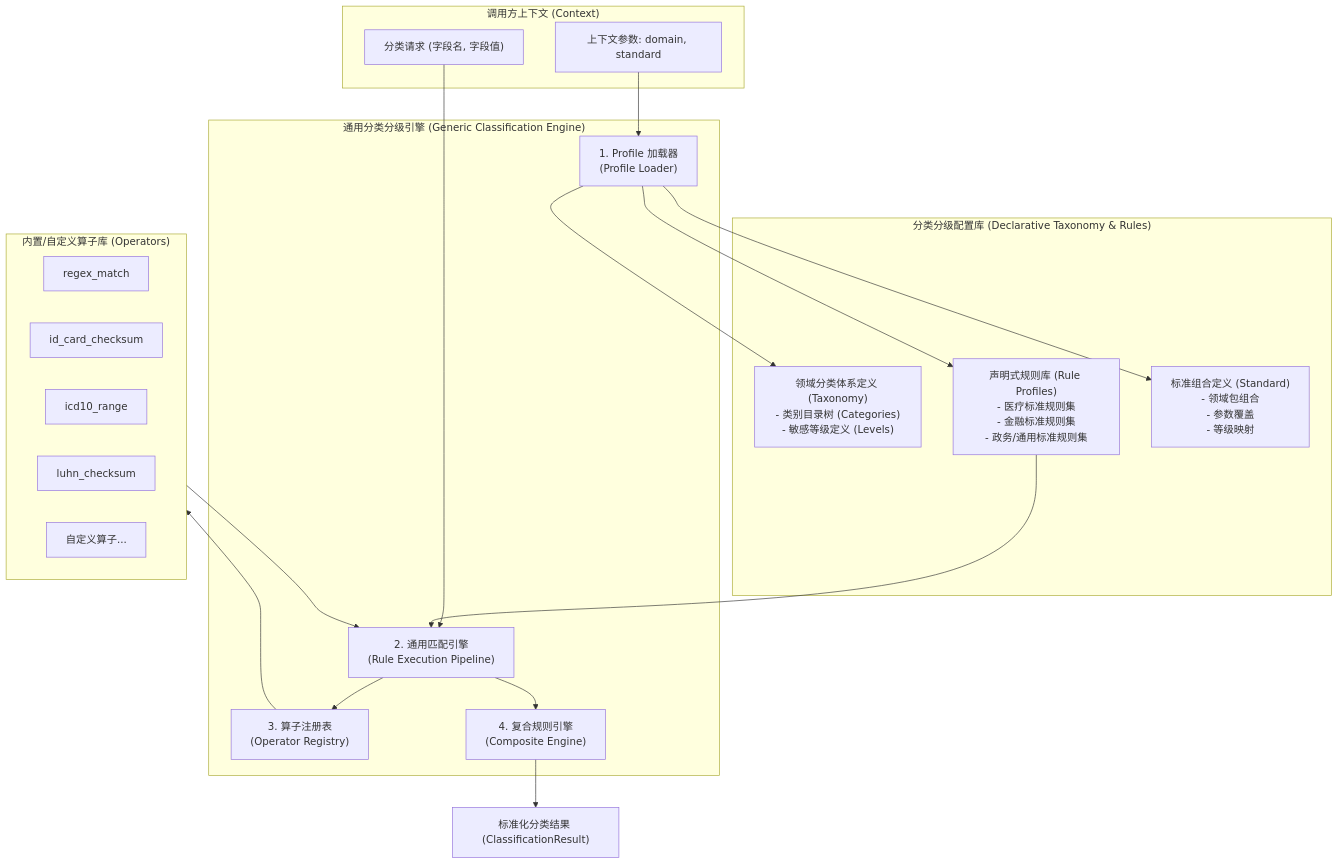
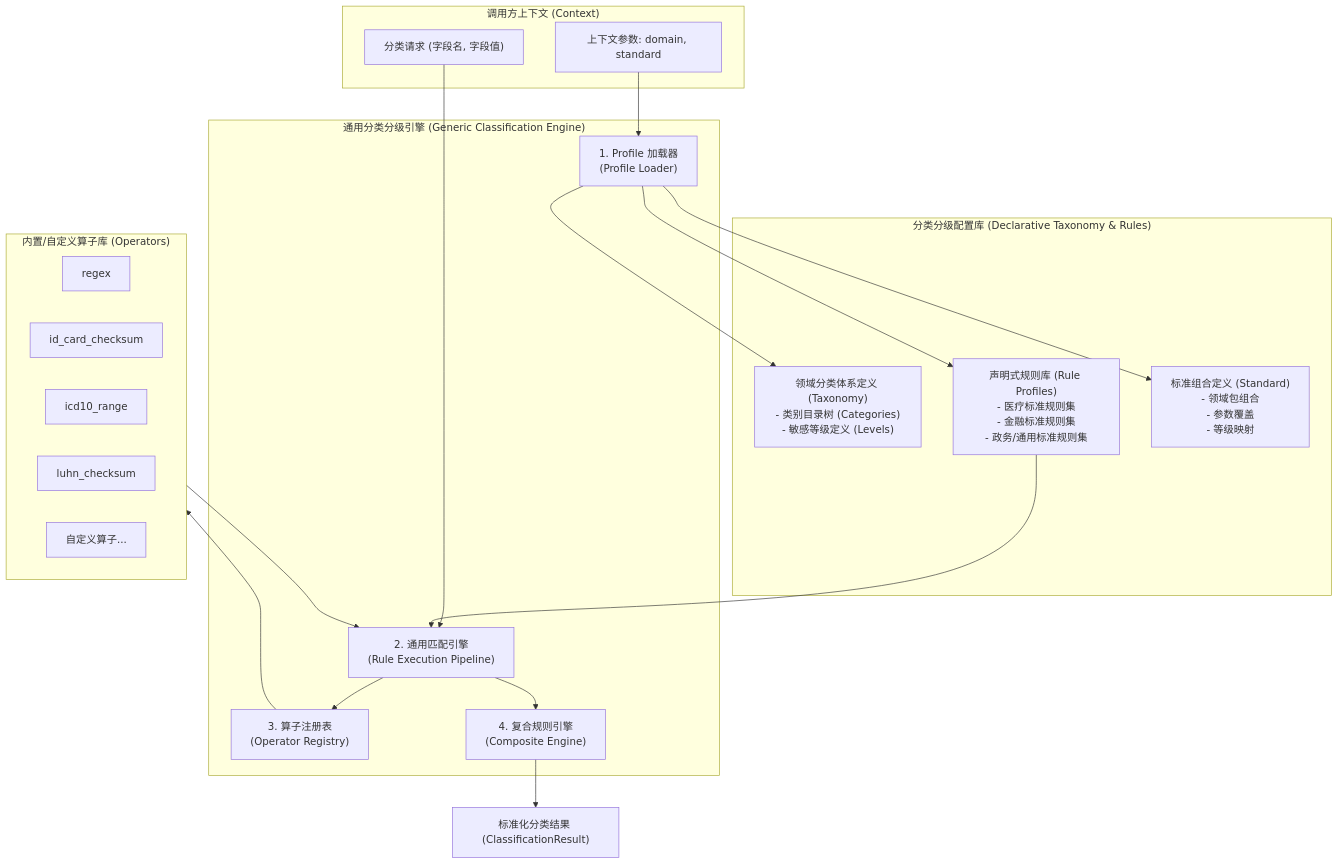
Before and after one commit to fengzhizi319/PrivShield: the second of 9 diagrams in docs/dynclassification/design.md, drawn with Mermaid. The commit also changed other lines of this file and 17 other files, not shown here.

````diff
--- a/docs/dynclassification/design.md
+++ b/docs/dynclassification/design.md
@@ -85,40 +89,40 @@
 ```mermaid
 flowchart TD
     subgraph Client ["调用方上下文 (Context)"]
         Req["分类请求 (字段名, 字段值)"]
         Ctx["上下文参数: domain, standard"]
     end
 
     subgraph CoreEngine ["通用分类分级引擎 (Generic Classification Engine)"]
         Loader["1. Profile 加载器<br/>(Profile Loader)"]
         Engine["2. 通用匹配引擎<br/>(Rule Execution Pipeline)"]
         OpRegistry["3. 算子注册表<br/>(Operator Registry)"]
         Composer["4. 复合规则引擎<br/>(Composite Engine)"]
     end
 
     subgraph DataConfigs ["分类分级配置库 (Declarative Taxonomy & Rules)"]
         TaxonomyConf["领域分类体系定义 (Taxonomy)<br/>- 类别目录树 (Categories)<br/>- 敏感等级定义 (Levels)"]
         RuleConf["声明式规则库 (Rule Profiles)<br/>- 医疗标准规则集<br/>- 金融标准规则集<br/>- 政务/通用标准规则集"]
         StandardConf["标准组合定义 (Standard)<br/>- 领域包组合<br/>- 参数覆盖<br/>- 等级映射"]
     end
 
     subgraph Operators ["内置/自定义算子库 (Operators)"]
-        OpRegex["regex_match"]
+        OpRegex["regex"]
         OpID["id_card_checksum"]
         OpICD["icd10_range"]
         OpLuhn["luhn_checksum"]
         OpCustom["自定义算子..."]
     end
 
     Req --> Engine
     Ctx --> Loader
     Loader --> TaxonomyConf
     Loader --> RuleConf
     Loader --> StandardConf
     RuleConf --> Engine
     Engine --> OpRegistry
     OpRegistry --> Operators
     Operators --> Engine
     Engine --> Composer
     Composer --> Output["标准化分类结果 (ClassificationResult)"]
 ```
````
